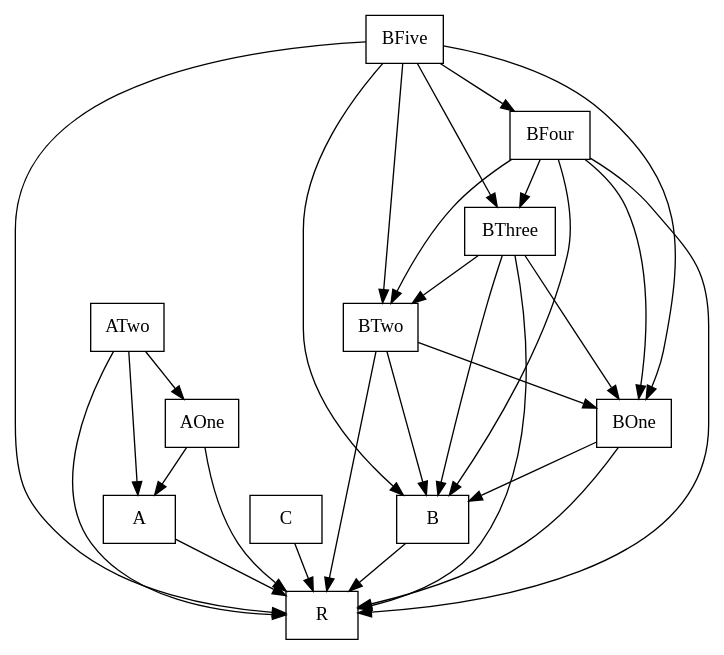
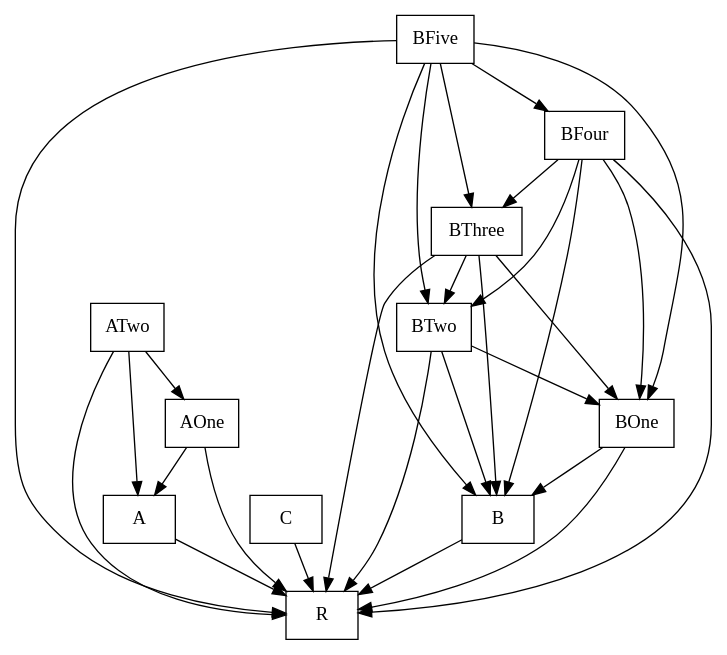
The diagram in FAMILIAR/output/SPLOT-big/fm_175_model_20120701_899073101.xml.dot (FAMILIAR-project/familiar-language), drawn with Graphviz before and after one commit. The commit also changed 172 other files, not shown here.

```diff
--- a/FAMILIAR/output/SPLOT-big/fm_175_model_20120701_899073101.xml.dot
+++ b/FAMILIAR/output/SPLOT-big/fm_175_model_20120701_899073101.xml.dot
@@ -1,44 +1,44 @@
 digraph{
 graph [rankdir=TB];
 node [shape=box];
 edge [arrowhead=normal];
-0[label="ATwo",]
-1[label="BFive",]
+0[label="BFive",]
+1[label="ATwo",]
 2[label="A",]
 3[label="B",]
 4[label="C",]
-5[label="AOne",]
-6[label="R",]
+5[label="R",]
+6[label="AOne",]
 7[label="BOne",]
-8[label="BFour",]
-9[label="BTwo",]
+8[label="BTwo",]
+9[label="BFour",]
 10[label="BThree",]
-0->2[label="",]
+0->3[label="",]
 0->5[label="",]
-0->6[label="",]
-1->3[label="",]
+0->7[label="",]
+0->8[label="",]
+0->9[label="",]
+0->10[label="",]
+1->2[label="",]
+1->5[label="",]
 1->6[label="",]
-1->7[label="",]
-1->8[label="",]
-1->9[label="",]
-1->10[label="",]
-2->6[label="",]
-3->6[label="",]
-4->6[label="",]
-5->2[label="",]
-5->6[label="",]
+2->5[label="",]
+3->5[label="",]
+4->5[label="",]
+6->2[label="",]
+6->5[label="",]
 7->3[label="",]
-7->6[label="",]
+7->5[label="",]
 8->3[label="",]
-8->6[label="",]
+8->5[label="",]
 8->7[label="",]
-8->9[label="",]
-8->10[label="",]
 9->3[label="",]
-9->6[label="",]
+9->5[label="",]
 9->7[label="",]
+9->8[label="",]
+9->10[label="",]
 10->3[label="",]
-10->6[label="",]
+10->5[label="",]
 10->7[label="",]
-10->9[label="",]
+10->8[label="",]
 }
```
